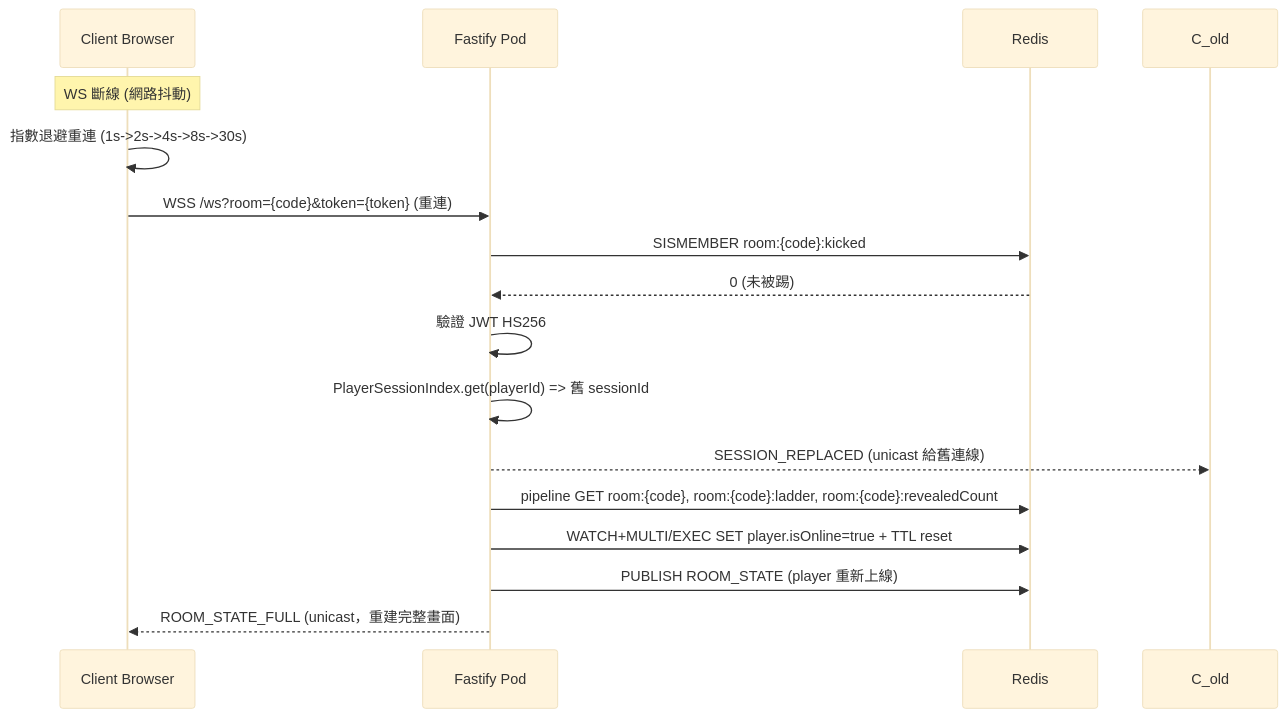
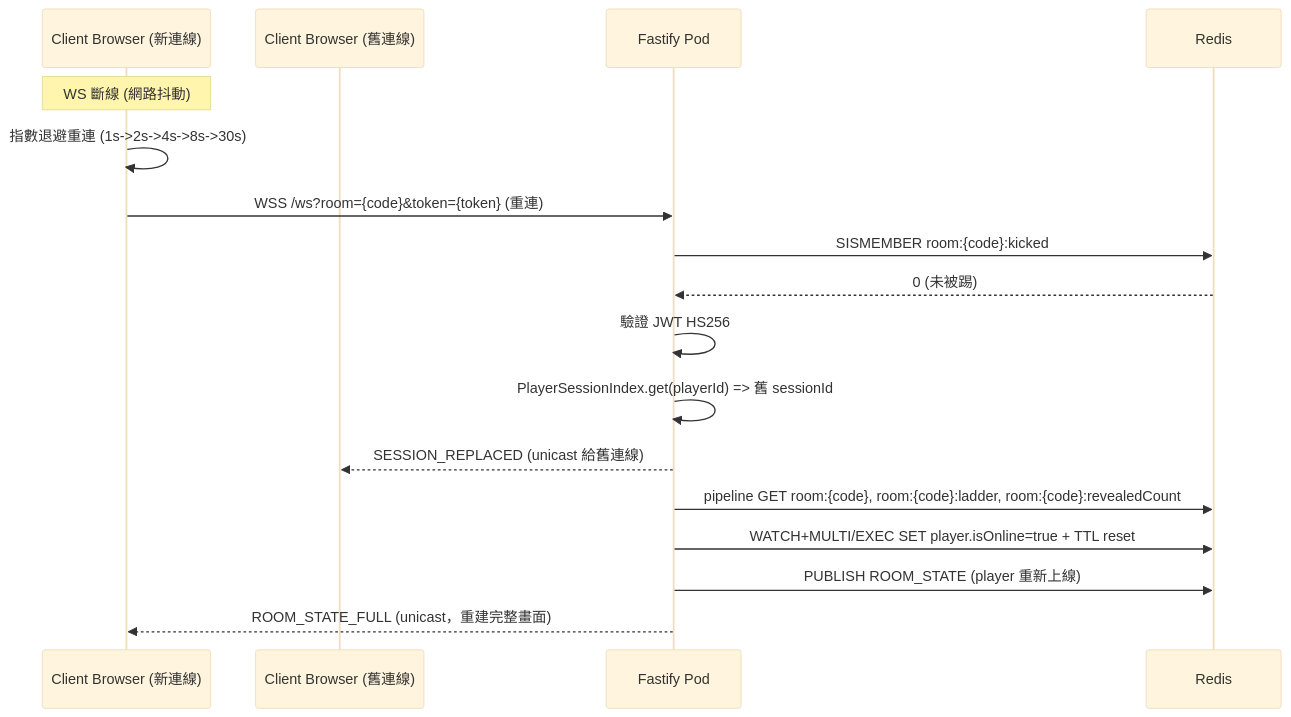
One commit to ibalasite/climb_stairs changed the seventh of 10 diagrams in docs/ARCH.md. Above: the diagram before and after it, drawn with Mermaid (base theme). The commit also changed other lines of this file, not shown here.

````diff
--- a/docs/ARCH.md
+++ b/docs/ARCH.md
@@ -219,19 +227,20 @@
 ```mermaid
 sequenceDiagram
-    participant C as Client Browser
+    participant C as Client Browser (新連線)
+    participant Cold as Client Browser (舊連線)
     participant F as Fastify Pod
     participant R as Redis
 
     Note over C: WS 斷線 (網路抖動)
     C->>C: 指數退避重連 (1s->2s->4s->8s->30s)
     C->>F: WSS /ws?room={code}&token={token} (重連)
     F->>R: SISMEMBER room:{code}:kicked
     R-->>F: 0 (未被踢)
     F->>F: 驗證 JWT HS256
     F->>F: PlayerSessionIndex.get(playerId) => 舊 sessionId
-    F-->>C_old: SESSION_REPLACED (unicast 給舊連線)
+    F-->>Cold: SESSION_REPLACED (unicast 給舊連線)
     F->>R: pipeline GET room:{code}, room:{code}:ladder, room:{code}:revealedCount
     F->>R: WATCH+MULTI/EXEC SET player.isOnline=true + TTL reset
     F->>R: PUBLISH ROOM_STATE (player 重新上線)
     F-->>C: ROOM_STATE_FULL (unicast，重建完整畫面)
 ```
````
